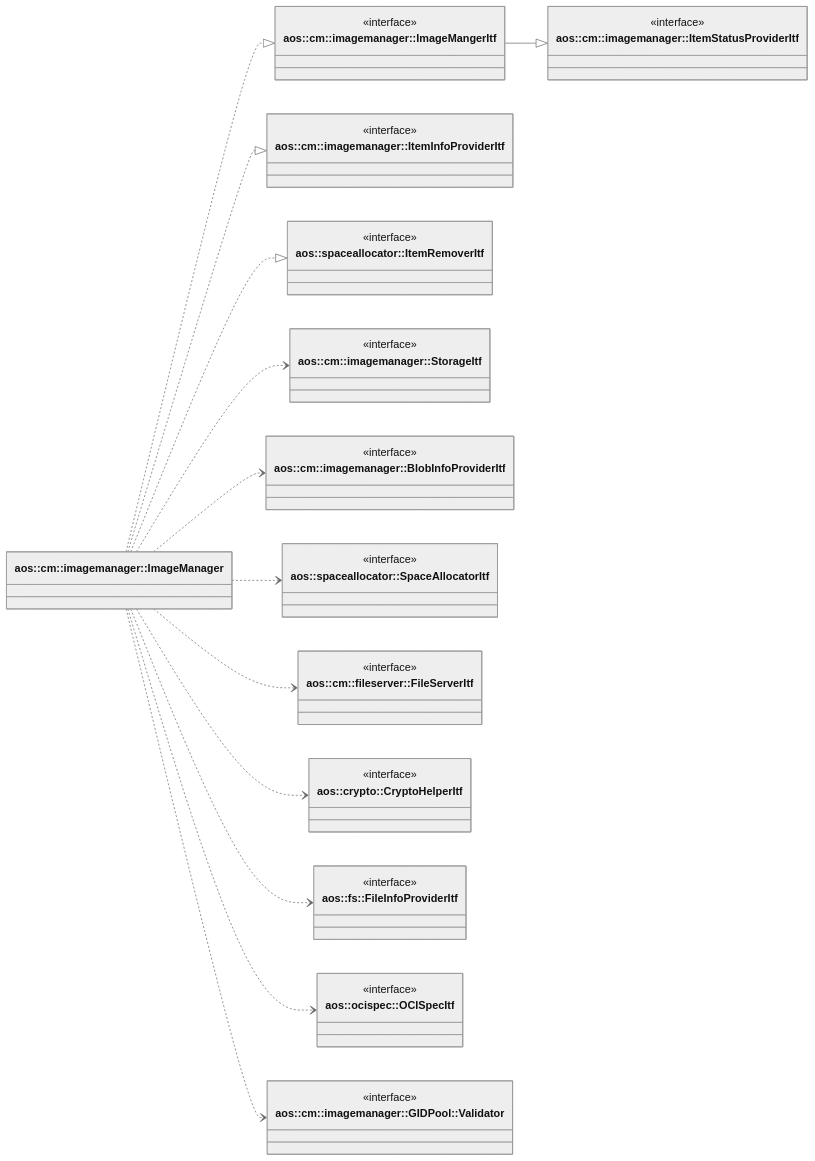
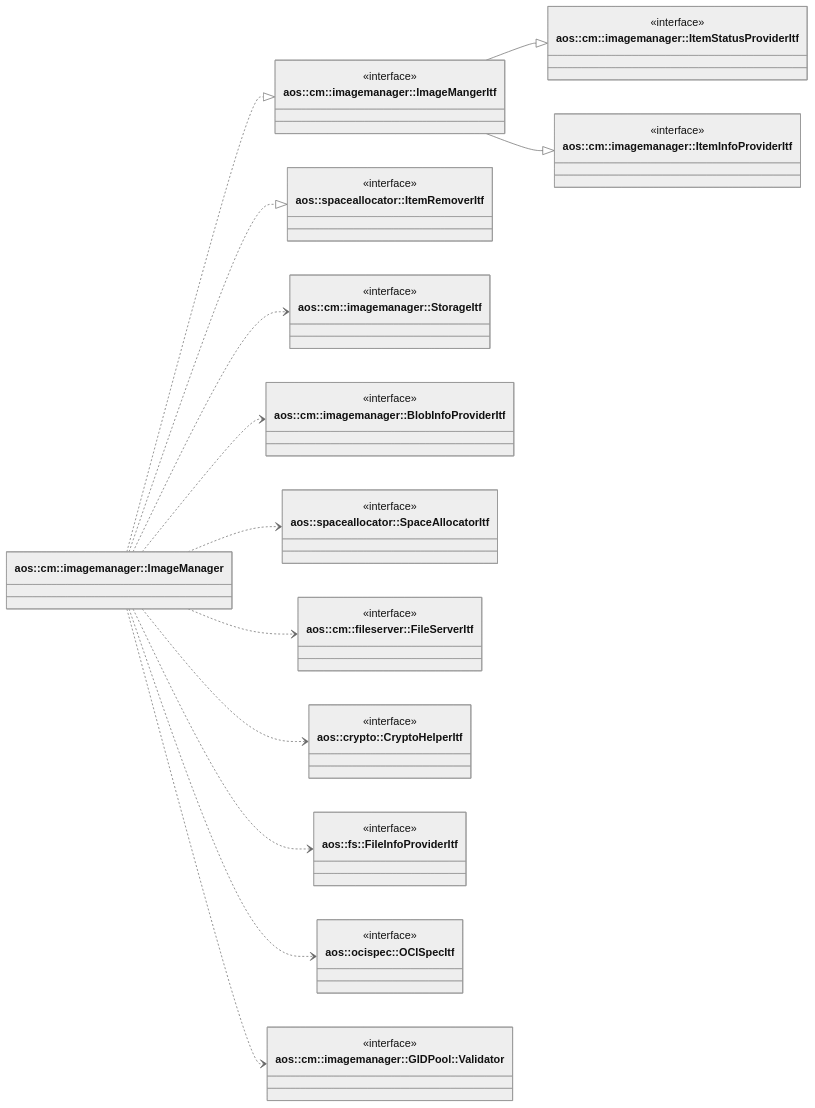
One commit to aosedge/aos_core_lib_cpp changed the diagram in src/core/cm/imagemanager/imagemanager.md. Above: the diagram before and after it, drawn with Mermaid (neutral theme). The commit also changed 2 other files, not shown here.

Commit message:
cm: imagemanager: add OnItemAdded method to ItemStatusListenerItf
This method notifies listeners when new item added into system.

````diff
--- a/src/core/cm/imagemanager/imagemanager.md
+++ b/src/core/cm/imagemanager/imagemanager.md
@@ -24,70 +24,70 @@
 ```mermaid
 classDiagram
     direction LR
 
     class ImageManager ["aos::cm::imagemanager::ImageManager"] {
     }
 
     class ImageManagerItf ["aos::cm::imagemanager::ImageMangerItf"] {
         <<interface>>
     }
 
     class ItemStatusProviderItf ["aos::cm::imagemanager::ItemStatusProviderItf"] {
         <<interface>>
     }
 
     class ItemInfoProviderItf ["aos::cm::imagemanager::ItemInfoProviderItf"] {
         <<interface>>
     }
 
     class ItemRemoverItf ["aos::spaceallocator::ItemRemoverItf"] {
         <<interface>>
     }
 
     class StorageItf ["aos::cm::imagemanager::StorageItf"] {
         <<interface>>
     }
 
     class BlobInfoProviderItf ["aos::cm::imagemanager::BlobInfoProviderItf"] {
         <<interface>>
     }
 
     class SpaceAllocatorItf ["aos::spaceallocator::SpaceAllocatorItf"] {
         <<interface>>
     }
 
     class FileServerItf ["aos::cm::fileserver::FileServerItf"] {
         <<interface>>
     }
 
     class CryptoHelperItf ["aos::crypto::CryptoHelperItf"] {
         <<interface>>
     }
 
     class FileInfoProviderItf ["aos::fs::FileInfoProviderItf"] {
         <<interface>>
     }
 
     class OCISpecItf ["aos::ocispec::OCISpecItf"] {
         <<interface>>
     }
 
     class GIDPoolValidator ["aos::cm::imagemanager::GIDPool::Validator"] {
         <<interface>>
     }
 
     ImageManagerItf --|> ItemStatusProviderItf
+    ImageManagerItf --|> ItemInfoProviderItf
 
     ImageManager ..|> ImageManagerItf
-    ImageManager ..|> ItemInfoProviderItf
     ImageManager ..|> ItemRemoverItf
 
     ImageManager ..> StorageItf
     ImageManager ..> BlobInfoProviderItf
     ImageManager ..> SpaceAllocatorItf
     ImageManager ..> FileServerItf
     ImageManager ..> CryptoHelperItf
     ImageManager ..> FileInfoProviderItf
     ImageManager ..> OCISpecItf
     ImageManager ..> GIDPoolValidator
 ```
````
